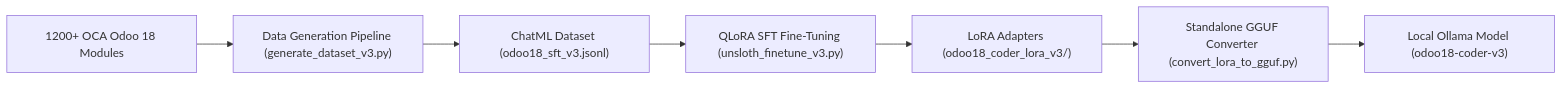
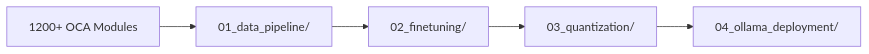
Before and after one commit to prashantk8ursrvc-ux/Odoo18-AI-Coder: the first of 4 diagrams in README.md, drawn with Mermaid. The commit also changed other lines of this file and 12 other files, not shown here.

Commit message:
Organize Odoo18-AI-Coder into 4 modular stage-based directories

````diff
--- a/README.md
+++ b/README.md
@@ -23,9 +47,7 @@
 ```mermaid
 graph LR
-    A["1200+ OCA Odoo 18 Modules"] --> B["Data Generation Pipeline (generate_dataset_v3.py)"]
-    B --> C["ChatML Dataset (odoo18_sft_v3.jsonl)"]
-    C --> D["QLoRA SFT Fine-Tuning (unsloth_finetune_v3.py)"]
-    D --> E["LoRA Adapters (odoo18_coder_lora_v3/)"]
-    E --> F["Standalone GGUF Converter (convert_lora_to_gguf.py)"]
-    F --> G["Local Ollama Model (odoo18-coder-v3)"]
+    A["1200+ OCA Modules"] --> B["01_data_pipeline/"]
+    B --> C["02_finetuning/"]
+    C --> D["03_quantization/"]
+    D --> E["04_ollama_deployment/"]
 ```
````
